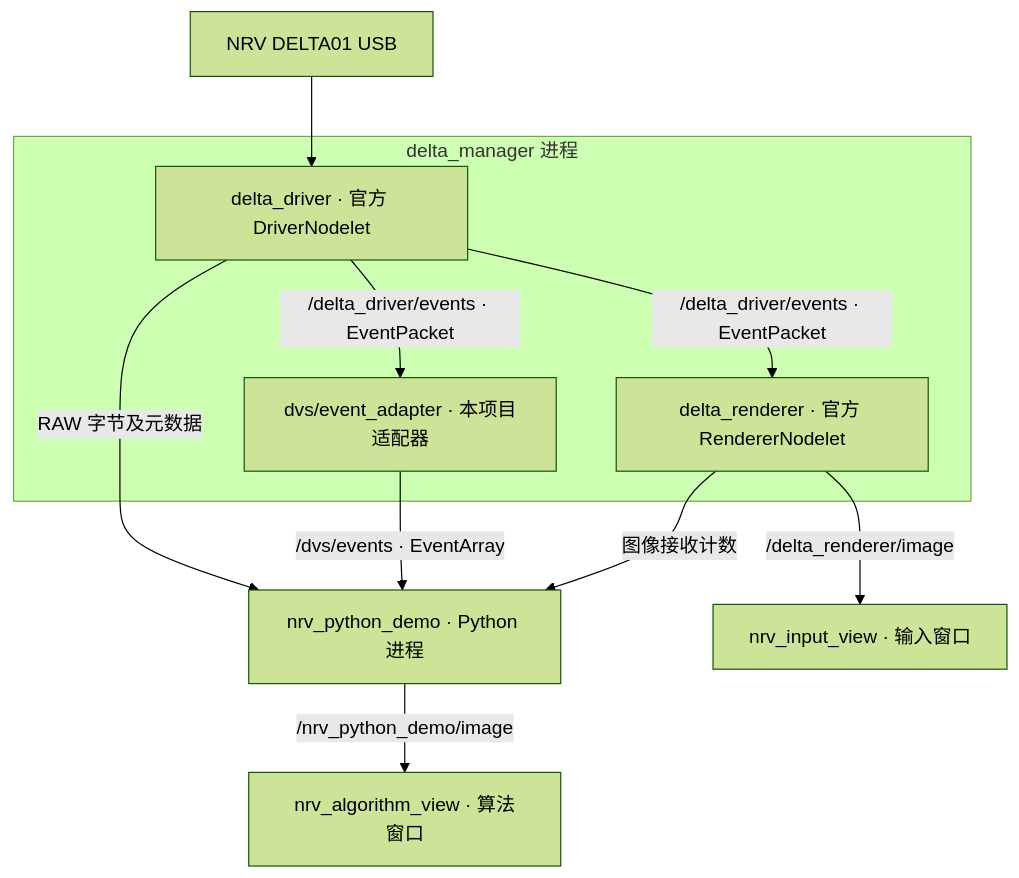
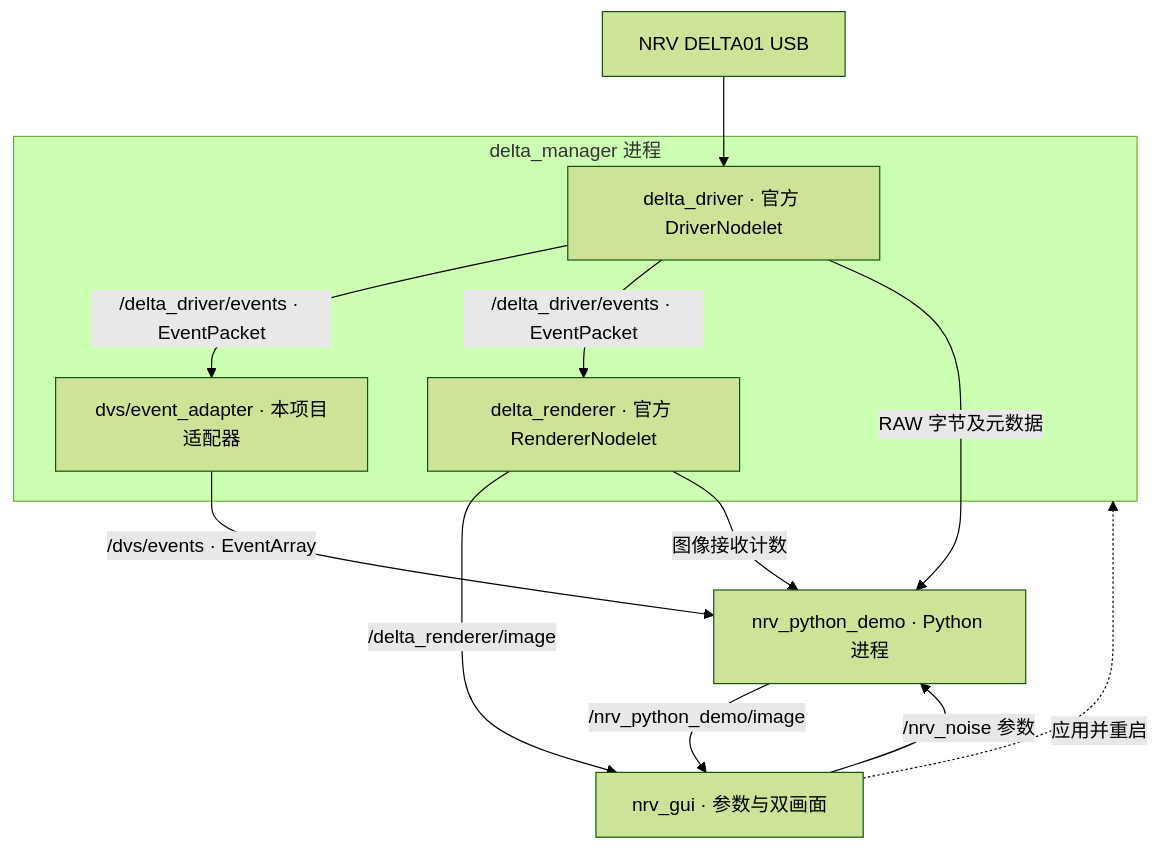
One commit to lixiang-moss/NRV_Demo changed the diagram in README.zh-CN.md. Above: the diagram before and after it, drawn with Mermaid (forest theme). The commit also changed other lines of this file and 11 other files, not shown here.

Commit message:
Add dual-view GUI with camera bias and live event noise filters

````diff
--- a/README.zh-CN.md
+++ b/README.zh-CN.md
@@ -59,16 +73,18 @@
 ```mermaid
 flowchart TD
     Camera[NRV DELTA01 USB] --> Driver
     subgraph Manager[delta_manager 进程]
       Driver[delta_driver · 官方 DriverNodelet]
       Adapter[dvs/event_adapter · 本项目适配器]
       Renderer[delta_renderer · 官方 RendererNodelet]
       Driver -->|/delta_driver/events · EventPacket| Adapter
       Driver -->|/delta_driver/events · EventPacket| Renderer
     end
     Driver -->|RAW 字节及元数据| Python[nrv_python_demo · Python 进程]
     Adapter -->|/dvs/events · EventArray| Python
-    Renderer -->|/delta_renderer/image| InputView[nrv_input_view · 输入窗口]
+    Renderer -->|/delta_renderer/image| GUI[nrv_gui · 参数与双画面]
     Renderer -->|图像接收计数| Python
-    Python -->|/nrv_python_demo/image| OutputView[nrv_algorithm_view · 算法窗口]
+    Python -->|/nrv_python_demo/image| GUI
+    GUI -->|/nrv_noise 参数| Python
+    GUI -. 应用并重启 .-> Manager
 ```
````
